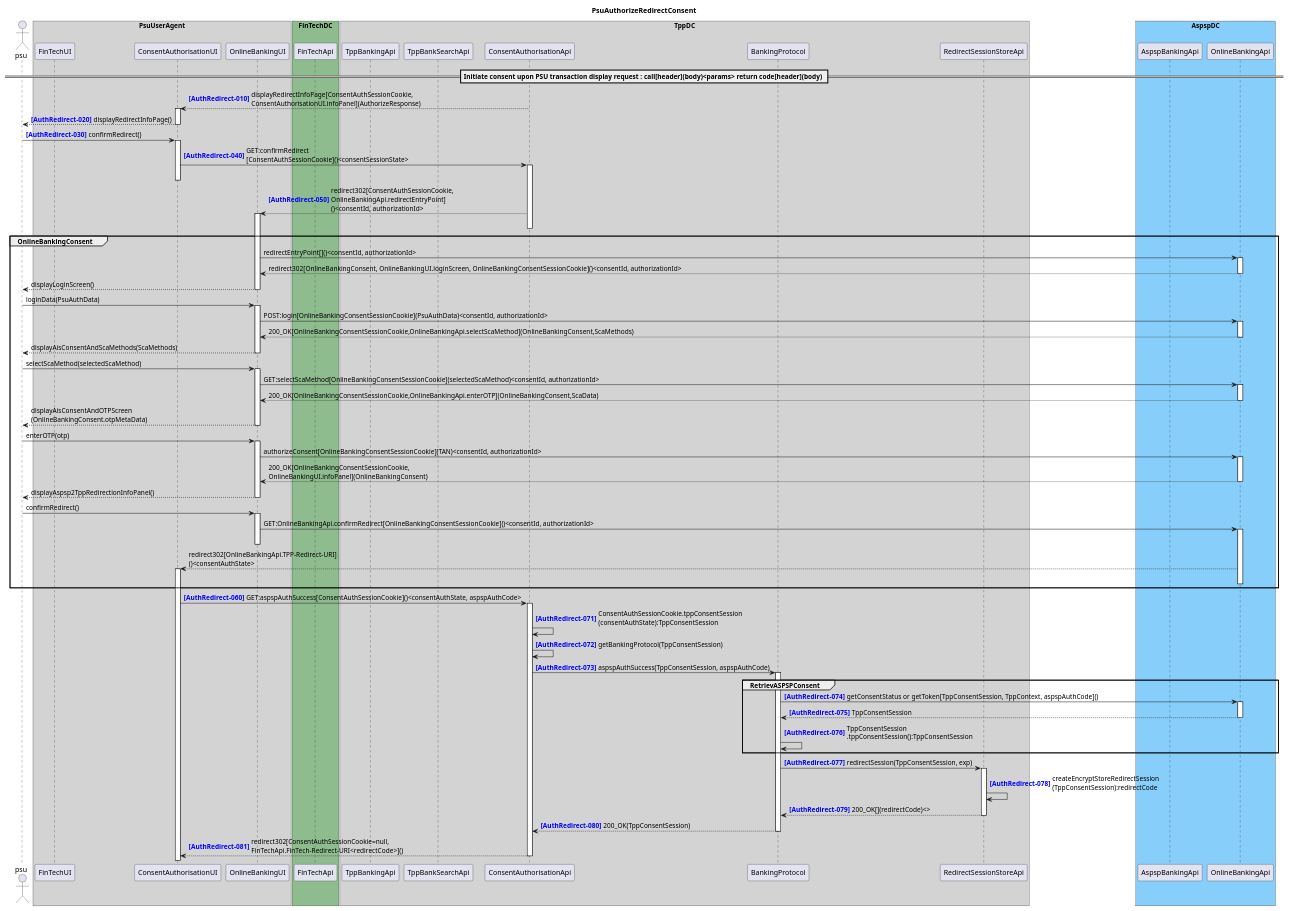
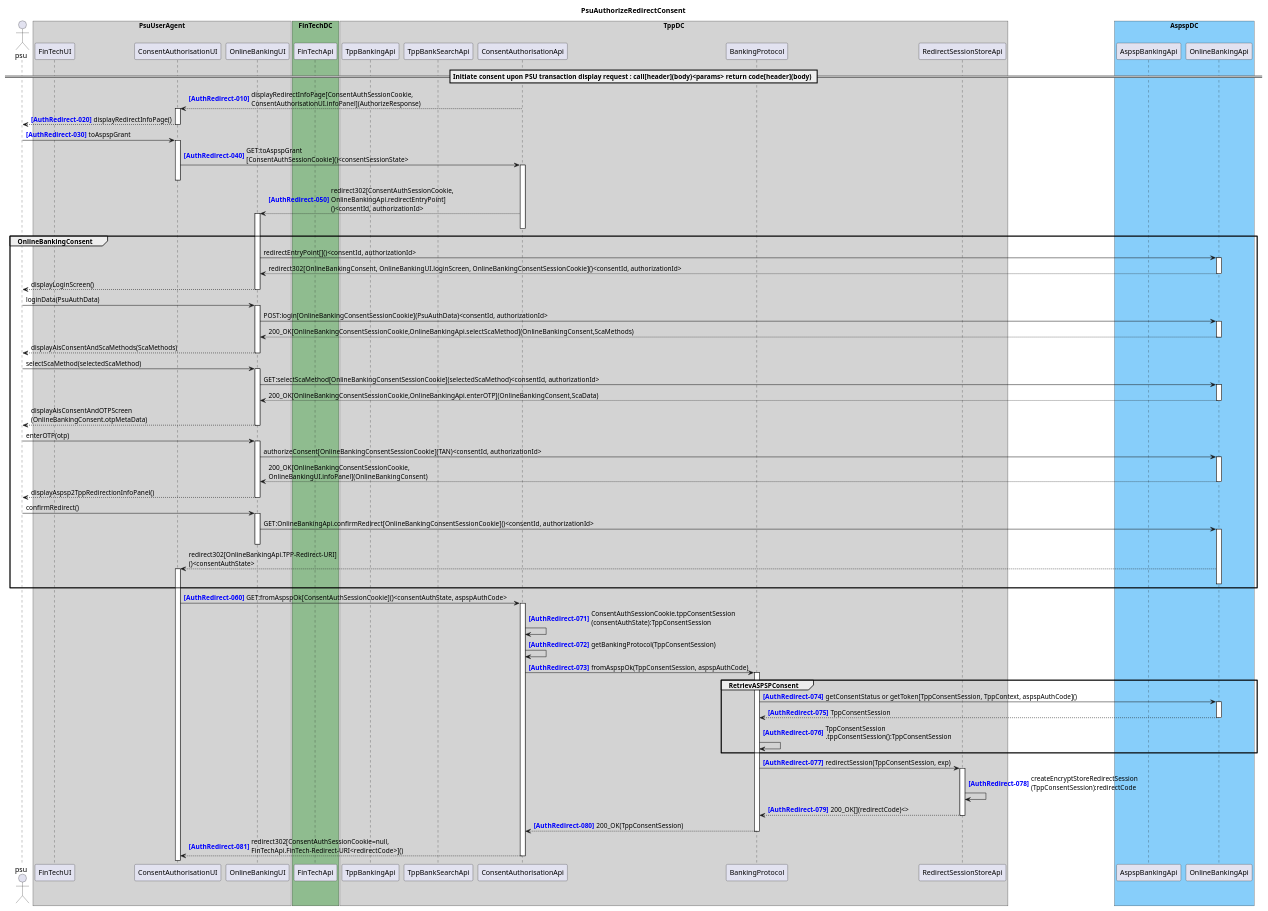
The diagram in docs/architecture/diagrams/useCases/5b-psuAuthRedirectConsent.puml (adorsys/open-banking-gateway), drawn with PlantUML before and after one commit. The commit also changed 8 other files, not shown here.

Commit message:
SYnchronized api definition and sequence diagram for ConsentAuthoriazationApi

```diff
--- a/docs/architecture/diagrams/useCases/5b-psuAuthRedirectConsent.puml
+++ b/docs/architecture/diagrams/useCases/5b-psuAuthRedirectConsent.puml
@@ -1,79 +1,79 @@
 @startuml PsuAuthorizeRedirectConsent
 title PsuAuthorizeRedirectConsent
 autonumber 10 10 "<b><color blue>[AuthRedirect-000]</color></b>"
 actor psu
 
 box "PsuUserAgent" #LightGray
     participant "FinTechUI" as FinTechUI
     participant "ConsentAuthorisationUI" as ConsentAuthorisationUI
     participant "OnlineBankingUI" as OnlineBankingUI
 end box
 box "FinTechDC" #DarkSeaGreen
     participant "FinTechApi" as FinTechApi
 end box
 box "TppDC" #LightGray
     participant "TppBankingApi" as TppBankingApi
     participant "TppBankSearchApi" as TppBankSearchApi
     participant "ConsentAuthorisationApi" as ConsentAuthorisationApi
 
     participant "BankingProtocol" as BankingProtocol
     participant "RedirectSessionStoreApi" as RedirectSessionStoreApi
 end box
 box "AspspDC" #LightSkyBlue
 	participant "AspspBankingApi" as AspspBankingApi
     participant "OnlineBankingApi" as OnlineBankingApi
 end box
 
 == Initiate consent upon PSU transaction display request : call[header](body)<params> return code[header](body) ==
 
 ConsentAuthorisationApi --> ConsentAuthorisationUI ++ : displayRedirectInfoPage[ConsentAuthSessionCookie,\nConsentAuthorisationUI.infoPanel](AuthorizeResponse)
 ConsentAuthorisationUI --> psu : displayRedirectInfoPage()
 deactivate ConsentAuthorisationUI
-psu -> ConsentAuthorisationUI ++ : confirmRedirect()
-ConsentAuthorisationUI -> ConsentAuthorisationApi ++ : GET:confirmRedirect\n[ConsentAuthSessionCookie]()<consentSessionState>
+psu -> ConsentAuthorisationUI ++ : toAspspGrant
+ConsentAuthorisationUI -> ConsentAuthorisationApi ++ : GET:toAspspGrant\n[ConsentAuthSessionCookie]()<consentSessionState>
 deactivate ConsentAuthorisationUI
 ConsentAuthorisationApi --> OnlineBankingUI ++ : redirect302[ConsentAuthSessionCookie,\nOnlineBankingApi.redirectEntryPoint]\n()<consentId, authorizationId>
 deactivate ConsentAuthorisationApi
 autonumber stop
 group OnlineBankingConsent
     OnlineBankingUI -> OnlineBankingApi ++ : redirectEntryPoint[]()<consentId, authorizationId>
     return redirect302[OnlineBankingConsent, OnlineBankingUI.loginScreen, OnlineBankingConsentSessionCookie]()<consentId, authorizationId>
     OnlineBankingUI --> psu : displayLoginScreen()
     deactivate OnlineBankingUI
     psu -> OnlineBankingUI ++ : loginData(PsuAuthData)
     OnlineBankingUI -> OnlineBankingApi ++ : POST:login[OnlineBankingConsentSessionCookie](PsuAuthData)<consentId, authorizationId> 
     return 200_OK[OnlineBankingConsentSessionCookie,OnlineBankingApi.selectScaMethod](OnlineBankingConsent,ScaMethods)
     return displayAisConsentAndScaMethods(ScaMethods)
     psu -> OnlineBankingUI ++ : selectScaMethod(selectedScaMethod)
     OnlineBankingUI -> OnlineBankingApi ++ : GET:selectScaMethod[OnlineBankingConsentSessionCookie](selectedScaMethod)<consentId, authorizationId> 
     return 200_OK[OnlineBankingConsentSessionCookie,OnlineBankingApi.enterOTP](OnlineBankingConsent,ScaData)
     return displayAisConsentAndOTPScreen\n(OnlineBankingConsent.otpMetaData)
     psu -> OnlineBankingUI ++ : enterOTP(otp)
     OnlineBankingUI -> OnlineBankingApi ++ : authorizeConsent[OnlineBankingConsentSessionCookie](TAN)<consentId, authorizationId> 
     return 200_OK[OnlineBankingConsentSessionCookie,\nOnlineBankingUI.infoPanel](OnlineBankingConsent)
     OnlineBankingUI --> psu : displayAspsp2TppRedirectionInfoPanel()
     deactivate OnlineBankingUI
     psu -> OnlineBankingUI ++ : confirmRedirect()
     OnlineBankingUI -> OnlineBankingApi ++ : GET:OnlineBankingApi.confirmRedirect[OnlineBankingConsentSessionCookie]()<consentId, authorizationId>
     deactivate OnlineBankingUI
     OnlineBankingApi --> ConsentAuthorisationUI ++ : redirect302[OnlineBankingApi.TPP-Redirect-URI]\n()<consentAuthState>
     deactivate OnlineBankingApi
 end
 autonumber resume
 activate ConsentAuthorisationUI
-ConsentAuthorisationUI -> ConsentAuthorisationApi ++ : GET:aspspAuthSuccess[ConsentAuthSessionCookie]()<consentAuthState, aspspAuthCode>
+ConsentAuthorisationUI -> ConsentAuthorisationApi ++ : GET:fromAspspOk[ConsentAuthSessionCookie]()<consentAuthState, aspspAuthCode>
 autonumber 71 1 "<b><color blue>[AuthRedirect-000]"
 ConsentAuthorisationApi -> ConsentAuthorisationApi : ConsentAuthSessionCookie.tppConsentSession\n(consentAuthState):TppConsentSession
 ConsentAuthorisationApi -> ConsentAuthorisationApi : getBankingProtocol(TppConsentSession)
-ConsentAuthorisationApi -> BankingProtocol ++ : aspspAuthSuccess(TppConsentSession, aspspAuthCode)
+ConsentAuthorisationApi -> BankingProtocol ++ : fromAspspOk(TppConsentSession, aspspAuthCode)
 group RetrievASPSPConsent
 BankingProtocol -> OnlineBankingApi ++ : getConsentStatus or getToken[TppConsentSession, TppContext, aspspAuthCode]()
 return TppConsentSession
 BankingProtocol -> BankingProtocol : TppConsentSession\n.tppConsentSession():TppConsentSession
 end
 BankingProtocol -> RedirectSessionStoreApi ++ : redirectSession(TppConsentSession, exp)
 RedirectSessionStoreApi -> RedirectSessionStoreApi : createEncryptStoreRedirectSession\n(TppConsentSession):redirectCode
 return 200_OK[](redirectCode)<>
 return 200_OK(TppConsentSession)
 return redirect302[ConsentAuthSessionCookie=null,\nFinTechApi.FinTech-Redirect-URI<redirectCode>]()
 @enduml
```
